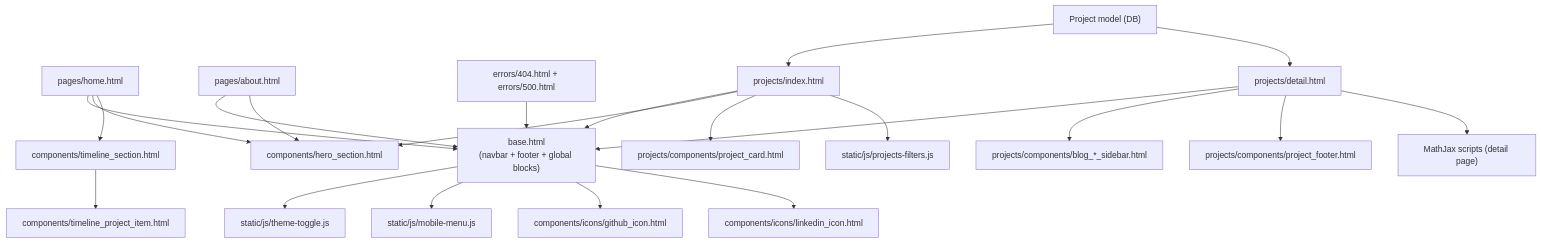
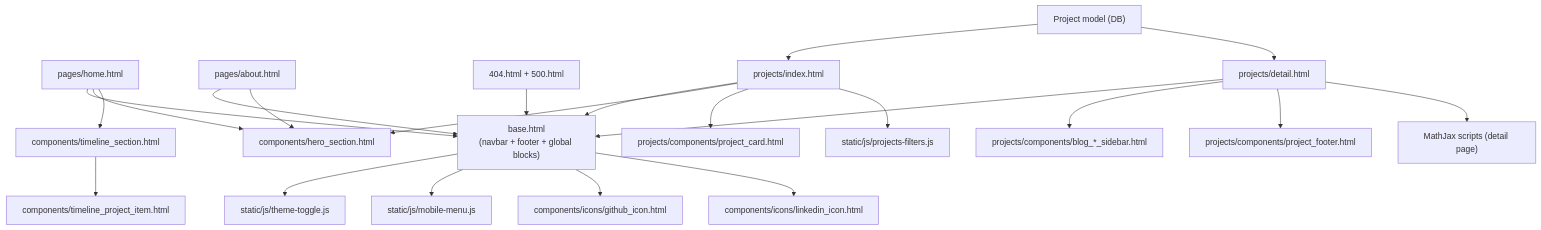
One commit to stokuj/my-django-portfolio changed the diagram in docs/frontend.md. Above: the diagram before and after it, drawn with Mermaid. The commit also changed 6 other files, not shown here.

````diff
--- a/docs/frontend.md
+++ b/docs/frontend.md
@@ -22,51 +22,51 @@
 ```mermaid
 flowchart TD
     Base["base.html\n(navbar + footer + global blocks)"]
     ThemeJS["static/js/theme-toggle.js"]
     MobileJS["static/js/mobile-menu.js"]
     ProjectsJS["static/js/projects-filters.js"]
     MathJax["MathJax scripts (detail page)"]
 
     Home["pages/home.html"]
     About["pages/about.html"]
-    Errors["errors/404.html + errors/500.html"]
+    Errors["404.html + 500.html"]
     ProjectsIndex["projects/index.html"]
     ProjectDetail["projects/detail.html"]
     ProjectDB["Project model (DB)"]
 
     Hero["components/hero_section.html"]
     TimelineSection["components/timeline_section.html"]
     TimelineItem["components/timeline_project_item.html"]
     ProjectCard["projects/components/project_card.html"]
     ProjectFooter["projects/components/project_footer.html"]
     Sidebar["projects/components/blog_*_sidebar.html"]
     GithubIcon["components/icons/github_icon.html"]
     LinkedinIcon["components/icons/linkedin_icon.html"]
 
     Home --> Base
     About --> Base
     Errors --> Base
     ProjectsIndex --> Base
     ProjectDetail --> Base
 
     Base --> ThemeJS
     Base --> MobileJS
     Base --> GithubIcon
     Base --> LinkedinIcon
 
     Home --> Hero
     Home --> TimelineSection
     TimelineSection --> TimelineItem
 
     About --> Hero
 
     ProjectsIndex --> Hero
     ProjectsIndex --> ProjectCard
     ProjectsIndex --> ProjectsJS
 
     ProjectDB --> ProjectsIndex
     ProjectDB --> ProjectDetail
     ProjectDetail --> Sidebar
     ProjectDetail --> ProjectFooter
     ProjectDetail --> MathJax
 ```
````
